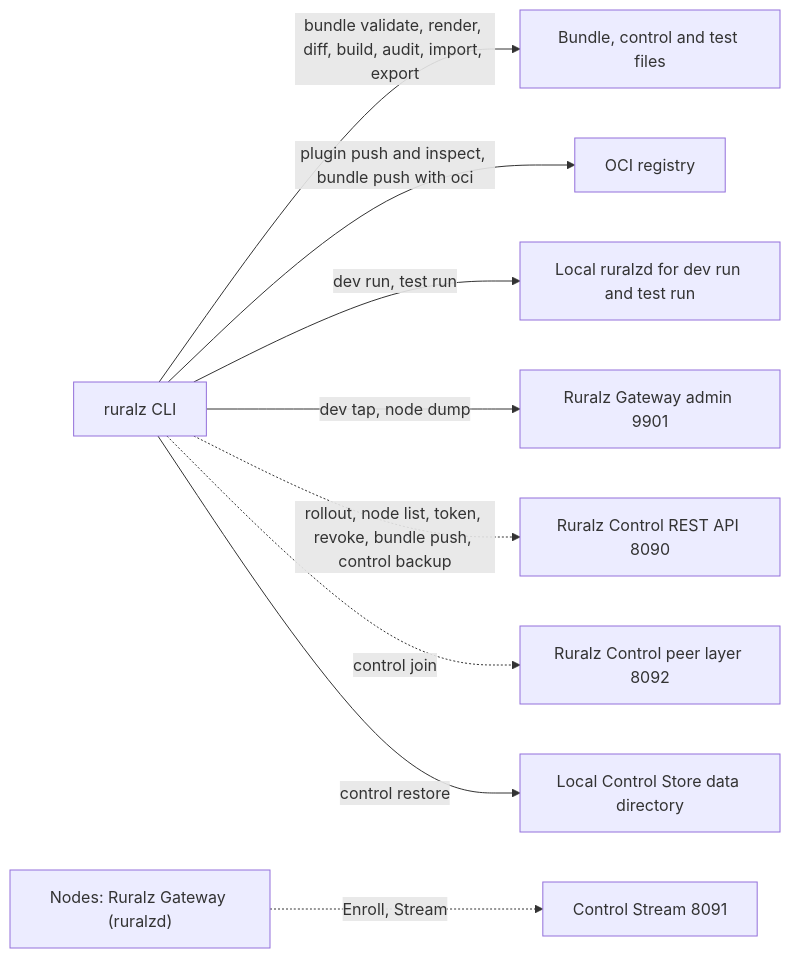
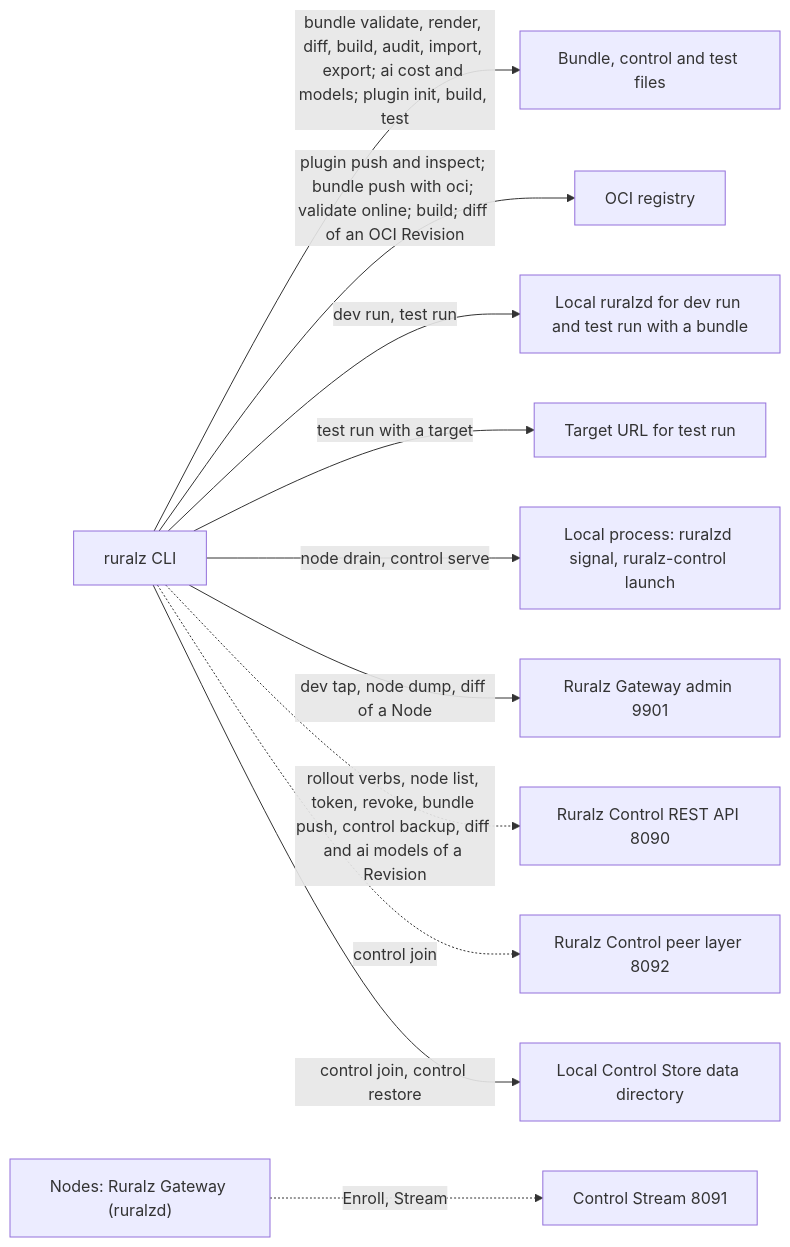
The third of 3 diagrams in docs/reference/01-cli-and-api-surface.md (ravindu-rev/ruralz), drawn with Mermaid before and after one commit. The commit also changed other lines of this file and 9 other files, not shown here.

````diff
--- a/docs/reference/01-cli-and-api-surface.md
+++ b/docs/reference/01-cli-and-api-surface.md
@@ -307,21 +337,25 @@
 ```mermaid
 flowchart LR
     cli["ruralz CLI"]
     files["Bundle, control and test files"]
     oci["OCI registry"]
-    local["Local ruralzd for dev run and test run"]
+    local["Local ruralzd for dev run and test run with a bundle"]
+    target["Target URL for test run"]
+    proc["Local process: ruralzd signal, ruralz-control launch"]
     adm["Ruralz Gateway admin 9901"]
     rest["Ruralz Control REST API 8090"]
     peer["Ruralz Control peer layer 8092"]
     store["Local Control Store data directory"]
     nodes["Nodes: Ruralz Gateway (ruralzd)"]
     cs["Control Stream 8091"]
-    cli -->|"bundle validate, render, diff, build, audit, import, export"| files
-    cli -->|"plugin push and inspect, bundle push with oci"| oci
+    cli -->|"bundle validate, render, diff, build, audit, import, export; ai cost and models; plugin init, build, test"| files
+    cli -->|"plugin push and inspect; bundle push with oci; validate online; build; diff of an OCI Revision"| oci
     cli -->|"dev run, test run"| local
-    cli -->|"dev tap, node dump"| adm
-    cli -.->|"rollout, node list, token, revoke, bundle push, control backup"| rest
+    cli -->|"test run with a target"| target
+    cli -->|"node drain, control serve"| proc
+    cli -->|"dev tap, node dump, diff of a Node"| adm
+    cli -.->|"rollout verbs, node list, token, revoke, bundle push, control backup, diff and ai models of a Revision"| rest
     cli -.->|"control join"| peer
-    cli -->|"control restore"| store
+    cli -->|"control join, control restore"| store
     nodes -.->|"Enroll, Stream"| cs
 ```
````
